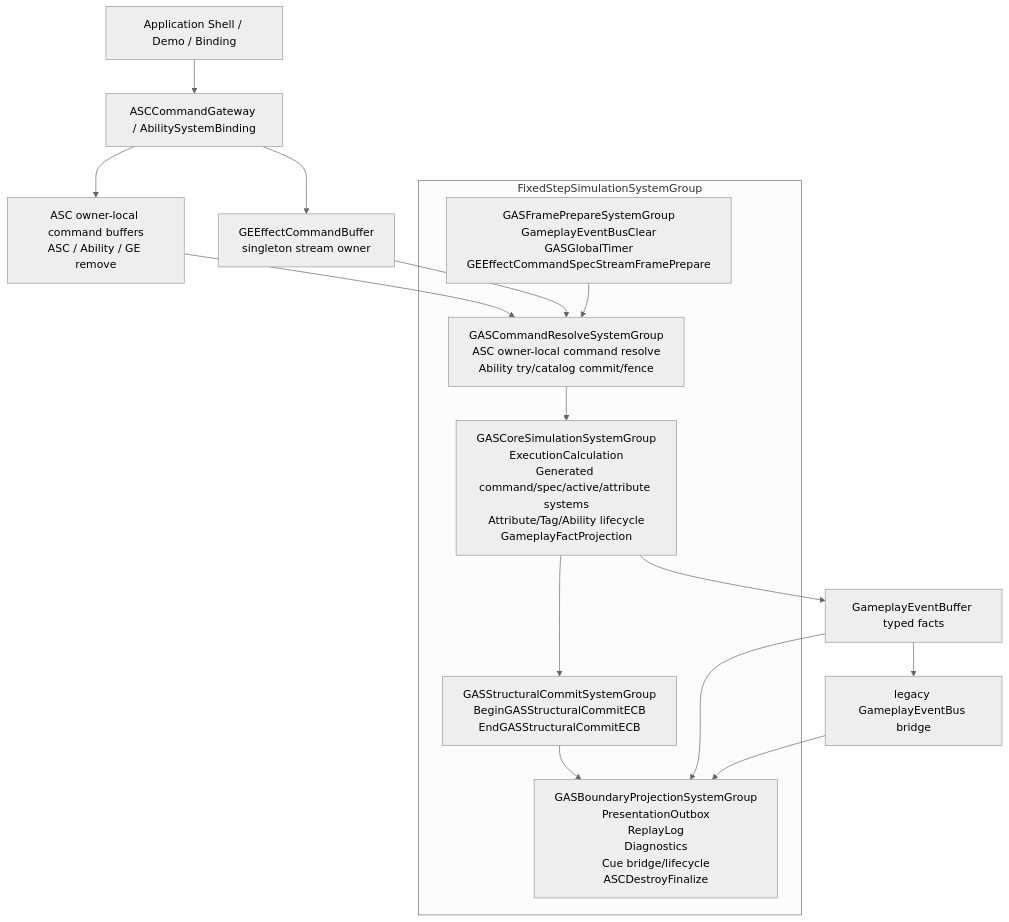
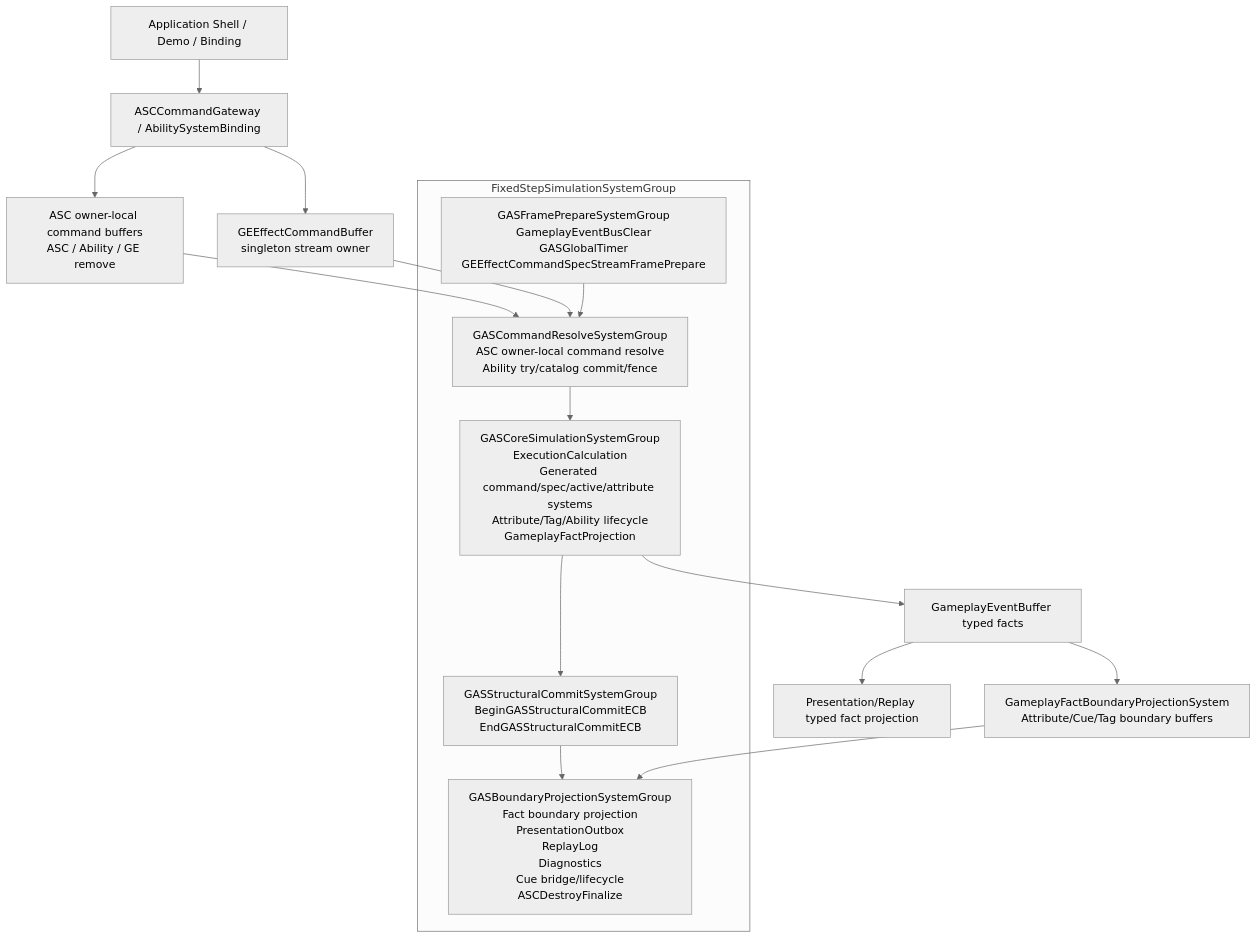
Before and after one commit to Bo-ki/gameplay-ability-system-for-unity: the first of 2 diagrams in 方案讨论/针对2.0的ECS架构的迭代方案讨论/00-当前架构事实/当前架构图.md, drawn with Mermaid (neutral theme). The commit also changed other lines of this file and 31 other files, not shown here.

Commit message:
docs: refresh GAS architecture facts

````diff
--- a/方案讨论/针对2.0的ECS架构的迭代方案讨论/00-当前架构事实/当前架构图.md
+++ b/方案讨论/针对2.0的ECS架构的迭代方案讨论/00-当前架构事实/当前架构图.md
@@ -7,24 +7,24 @@
 ```mermaid
 flowchart TD
     Shell["Application Shell / Demo / Binding"] --> Gateway["ASCCommandGateway / AbilitySystemBinding"]
     Gateway --> OwnerCommands["ASC owner-local command buffers\nASC / Ability / GE remove"]
     Gateway --> EffectCommand["GEEffectCommandBuffer\nsingleton stream owner"]
 
     OwnerCommands --> CommandResolve["GASCommandResolveSystemGroup"]
     EffectCommand --> CommandResolve
 
     subgraph FixedStep["FixedStepSimulationSystemGroup"]
         FramePrepare["GASFramePrepareSystemGroup\nGameplayEventBusClear\nGASGlobalTimer\nGEEffectCommandSpecStreamFramePrepare"]
         CommandResolve["GASCommandResolveSystemGroup\nASC owner-local command resolve\nAbility try/catalog commit/fence"]
         Core["GASCoreSimulationSystemGroup\nExecutionCalculation\nGenerated command/spec/active/attribute systems\nAttribute/Tag/Ability lifecycle\nGameplayFactProjection"]
         Structural["GASStructuralCommitSystemGroup\nBeginGASStructuralCommitECB\nEndGASStructuralCommitECB"]
-        Boundary["GASBoundaryProjectionSystemGroup\nPresentationOutbox\nReplayLog\nDiagnostics\nCue bridge/lifecycle\nASCDestroyFinalize"]
+        Boundary["GASBoundaryProjectionSystemGroup\nFact boundary projection\nPresentationOutbox\nReplayLog\nDiagnostics\nCue bridge/lifecycle\nASCDestroyFinalize"]
     end
 
     FramePrepare --> CommandResolve --> Core --> Structural --> Boundary
 
     Core --> TypedFacts["GameplayEventBuffer typed facts"]
-    TypedFacts --> LegacyBus["legacy GameplayEventBus bridge"]
-    TypedFacts --> Boundary
-    LegacyBus --> Boundary
+    TypedFacts --> Observation["Presentation/Replay typed fact projection"]
+    TypedFacts --> BoundaryProjection["GameplayFactBoundaryProjectionSystem\nAttribute/Cue/Tag boundary buffers"]
+    BoundaryProjection --> Boundary
 ```
````
